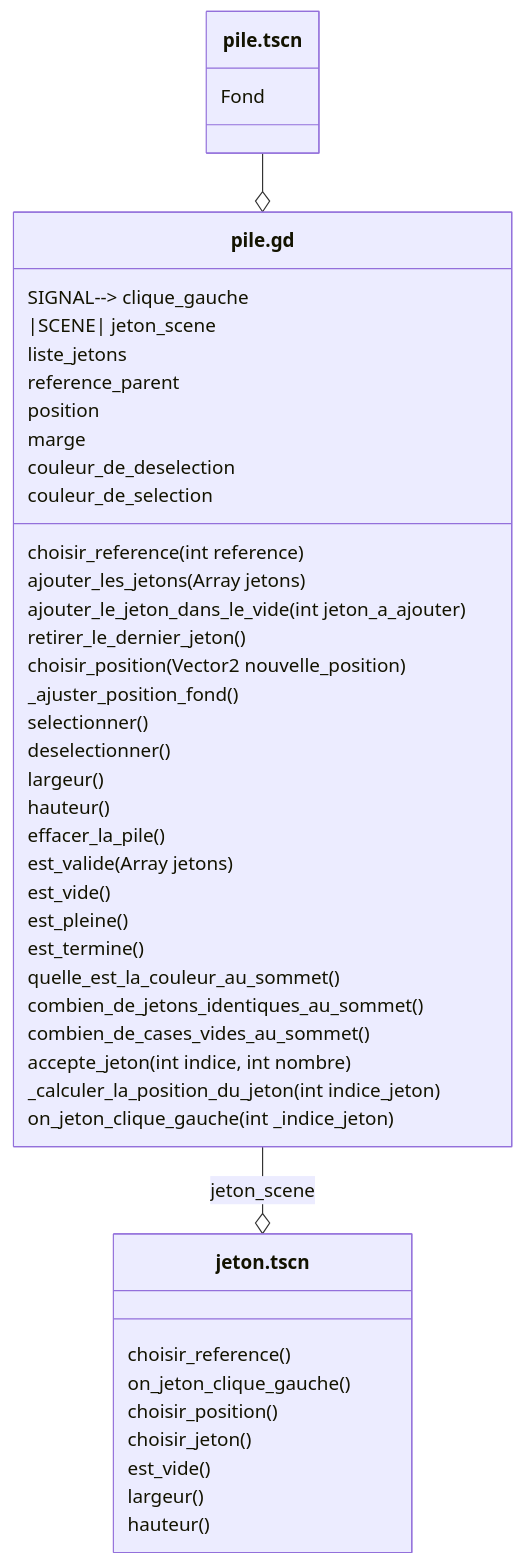
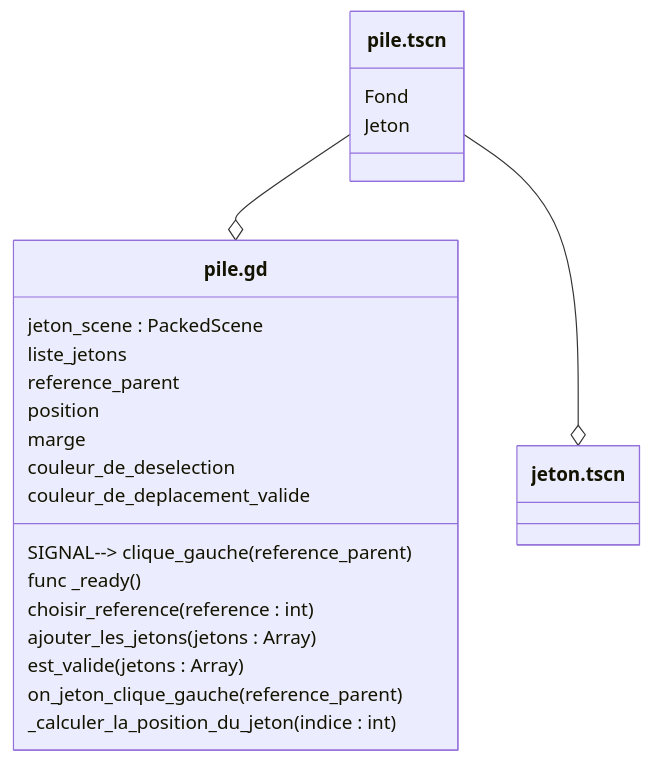
The diagram in docs/Pile.md (leguims/godot-color-sort-for-anna), drawn with Mermaid before and after one commit. The commit also changed other lines of this file and 3 other files, not shown here.

````diff
--- a/docs/Pile.md
+++ b/docs/Pile.md
@@ -9,53 +9,29 @@
 ```mermaid
 classDiagram
 
 class pile.tscn {
     Fond
+    Jeton
 }
 
 class pile.gd {
-    SIGNAL--> clique_gauche
-    |SCENE| jeton_scene
+    SIGNAL--> clique_gauche(reference_parent)
+    jeton_scene : PackedScene
     liste_jetons
     reference_parent
     position
     marge
     couleur_de_deselection
-    couleur_de_selection
+    couleur_de_deplacement_valide
 
-    choisir_reference(int reference)
-    ajouter_les_jetons(Array jetons)
-    ajouter_le_jeton_dans_le_vide(int jeton_a_ajouter)
-    retirer_le_dernier_jeton()
-    choisir_position(Vector2 nouvelle_position)
-    _ajuster_position_fond()
-    selectionner()
-    deselectionner()
-    largeur()
-    hauteur()
-    effacer_la_pile()
-    est_valide(Array jetons)
-    est_vide()
-    est_pleine()
-    est_termine()
-    quelle_est_la_couleur_au_sommet()
-    combien_de_jetons_identiques_au_sommet()
-    combien_de_cases_vides_au_sommet()
-    accepte_jeton(int indice, int nombre)
-    _calculer_la_position_du_jeton(int indice_jeton)
-    on_jeton_clique_gauche(int _indice_jeton)
-}
-
-class jeton.tscn {
-    choisir_reference()
-    on_jeton_clique_gauche()
-    choisir_position()
-    choisir_jeton()
-    est_vide()
-    largeur()
-    hauteur()
+    func _ready()
+    choisir_reference(reference : int)
+    ajouter_les_jetons(jetons : Array)
+    est_valide(jetons : Array)
+    on_jeton_clique_gauche(reference_parent)
+    _calculer_la_position_du_jeton(indice : int)
 }
 
     pile.tscn --o pile.gd
-    pile.gd --o jeton.tscn : jeton_scene
+    pile.tscn --o jeton.tscn
 ```
````
